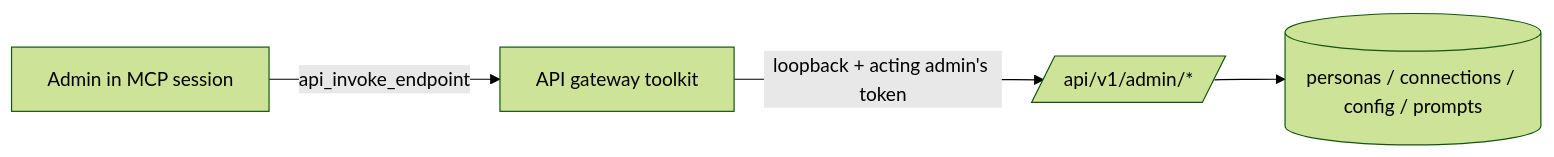
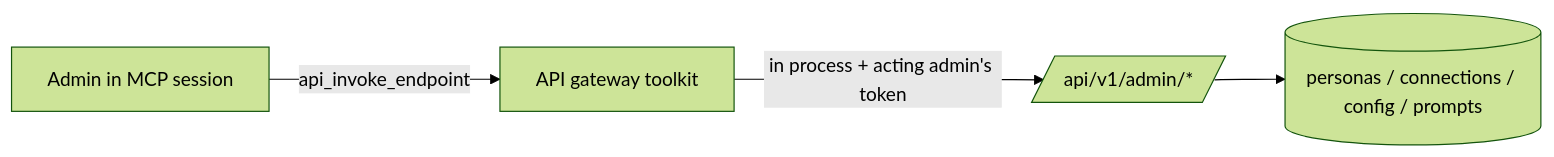
Before and after one commit to txn2/mcp-data-platform: the diagram in docs/server/self-configuration.md, drawn with Mermaid (forest theme). The commit also changed other lines of this file and 155 other files, not shown here.

````diff
--- a/docs/server/self-configuration.md
+++ b/docs/server/self-configuration.md
@@ -35,6 +35,6 @@
 ```mermaid
 flowchart LR
     A[Admin in MCP session] -->|api_invoke_endpoint| G[API gateway toolkit]
-    G -->|loopback + acting admin's token| H[/api/v1/admin/*/]
+    G -->|in process + acting admin's token| H[/api/v1/admin/*/]
     H --> S[(personas / connections / config / prompts)]
 ```
````
